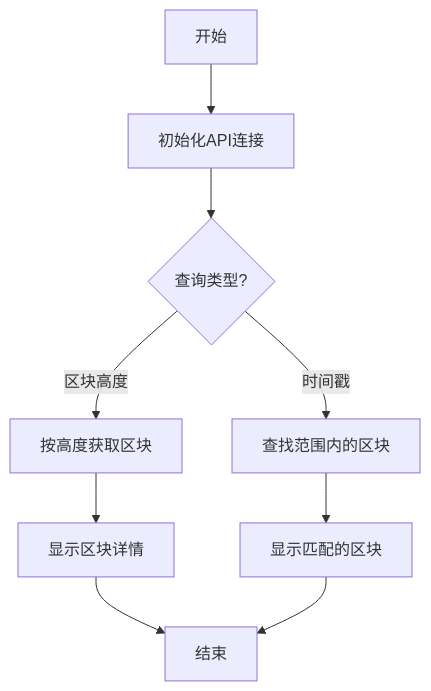
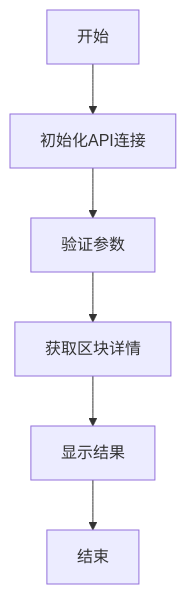
The diagram in doc/cn/block_command.md (Query-Web3/queryweb3-extractor), drawn with Mermaid before and after one commit. The commit also changed other lines of this file and 3 other files, not shown here.

````diff
--- a/doc/cn/block_command.md
+++ b/doc/cn/block_command.md
@@ -11,11 +10,8 @@
 ```mermaid
 graph TD
     A[开始] --> B[初始化API连接]
-    B --> C{查询类型?}
-    C -->|区块高度| D[按高度获取区块]
-    C -->|时间戳| E[查找范围内的区块]
-    D --> F[显示区块详情]
-    E --> G[显示匹配的区块]
-    F --> H[结束]
-    G --> H
+    B --> C[验证参数]
+    C --> D[获取区块详情]
+    D --> E[显示结果]
+    E --> F[结束]
 ```
````
